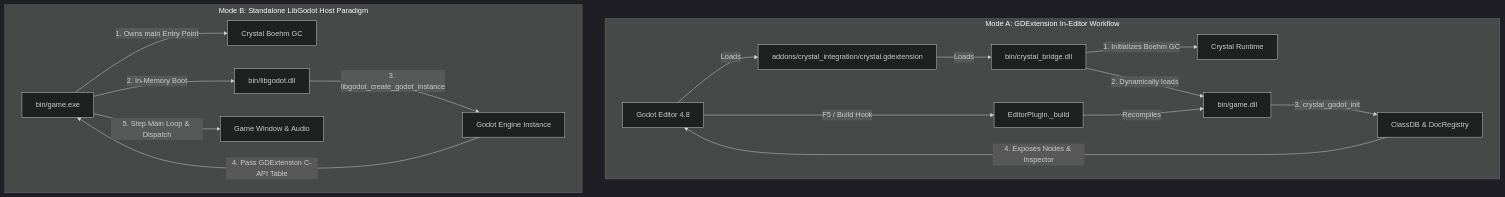
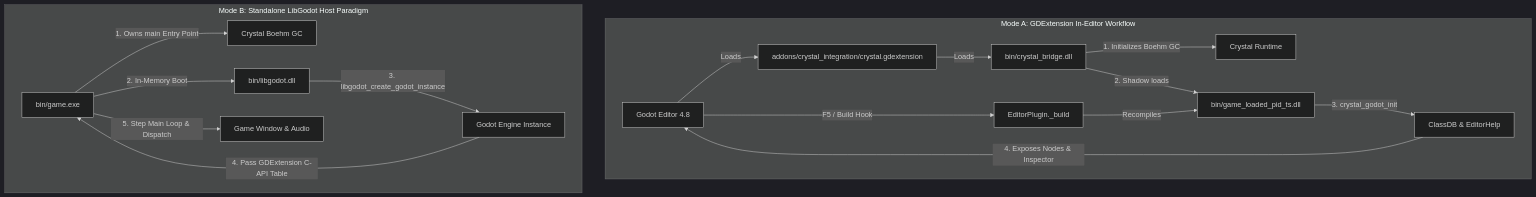
One commit to sol-vin/libgodot changed the diagram in README.md. Above: the diagram before and after it, drawn with Mermaid (dark theme). The commit also changed other lines of this file and 20 other files, not shown here.

````diff
--- a/README.md
+++ b/README.md
@@ -15,21 +15,21 @@
 ```mermaid
 graph TD
     subgraph Mode A: GDExtension In-Editor Workflow
         GE[Godot Editor 4.8] -->|Loads| GDX[addons/crystal_integration/crystal.gdextension]
         GDX -->|Loads| CB[bin/crystal_bridge.dll]
         CB -->|1. Initializes Boehm GC| CRT[Crystal Runtime]
-        CB -->|2. Dynamically loads| GDL[bin/game.dll]
-        GDL -->|3. crystal_godot_init| REG[ClassDB & DocRegistry]
+        CB -->|2. Shadow loads| GDL[bin/game_loaded_pid_ts.dll]
+        GDL -->|3. crystal_godot_init| REG[ClassDB & EditorHelp]
         REG -->|4. Exposes Nodes & Inspector| GE
         GE -->|F5 / Build Hook| EB[EditorPlugin._build]
         EB -->|Recompiles| GDL
     end
 
     subgraph Mode B: Standalone LibGodot Host Paradigm
         EXE[bin/game.exe] -->|1. Owns main Entry Point| CRTM[Crystal Boehm GC]
         EXE -->|2. In-Memory Boot| LGD[bin/libgodot.dll]
         LGD -->|3. libgodot_create_godot_instance| GINST[Godot Engine Instance]
         GINST -->|4. Pass GDExtension C-API Table| EXE
         EXE -->|5. Step Main Loop & Dispatch| WIN[Game Window & Audio]
     end
 ```
````
